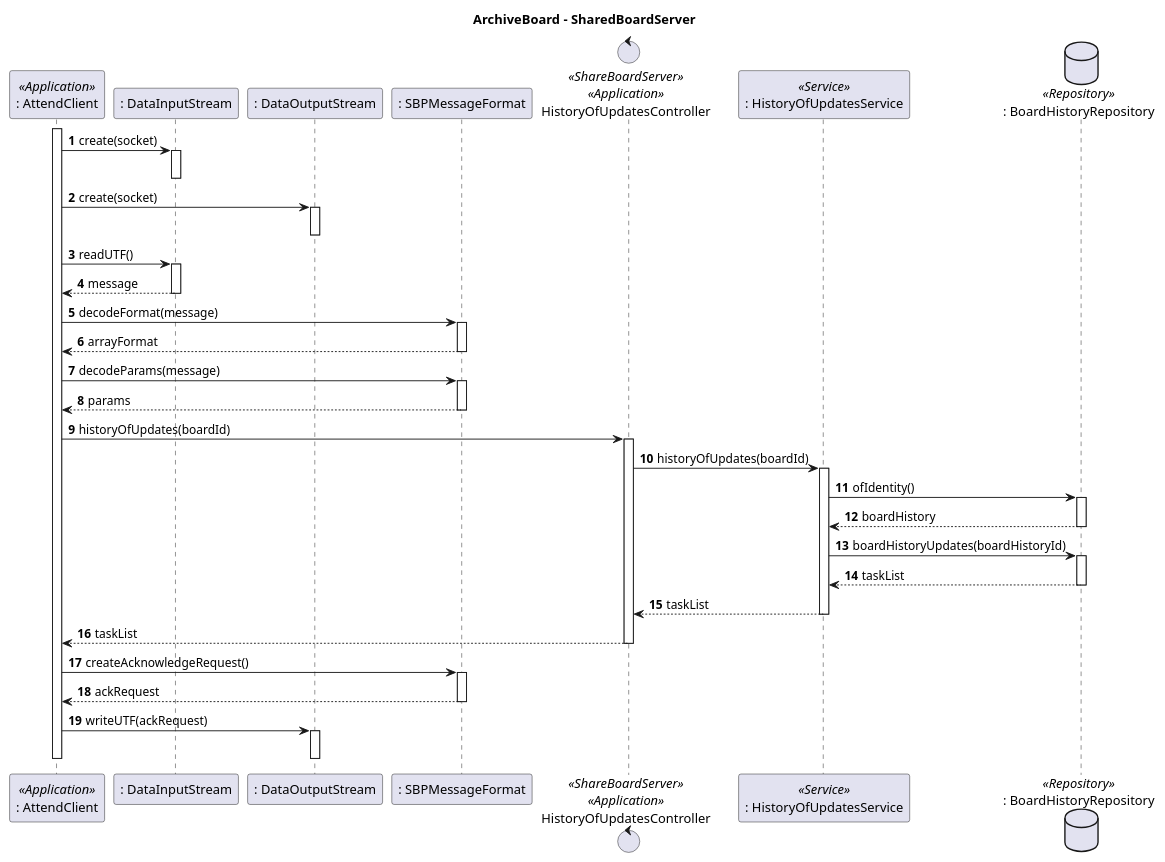
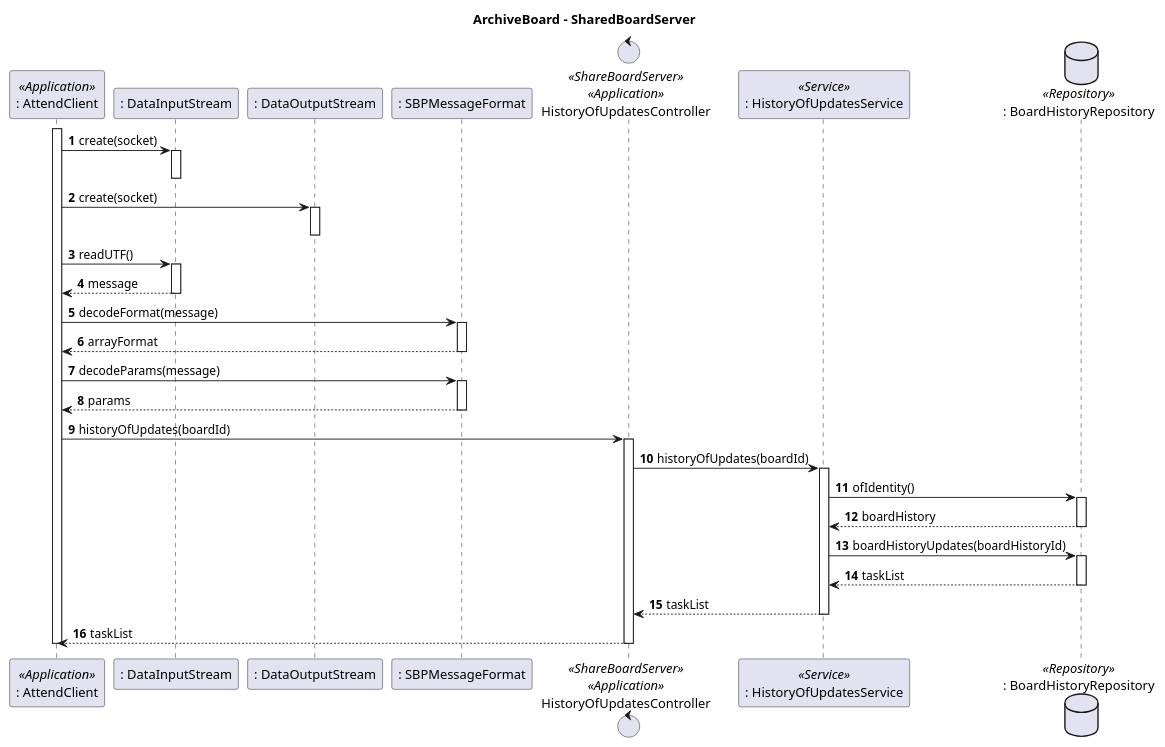
Before and after one commit to Marco-Nobrega-Andrade/sem4pi_22_23: the diagram in docs/Sprint_C/us_3009/US3009_Server_SD.puml, drawn with PlantUML. The commit also changed 3 other files, not shown here.

Commit message:
[US_3009] Updating flow to match implementation

```diff
--- a/docs/Sprint_C/us_3009/US3009_Server_SD.puml
+++ b/docs/Sprint_C/us_3009/US3009_Server_SD.puml
@@ -1,52 +1,46 @@
 @startuml
 autonumber
 title ArchiveBoard - SharedBoardServer
 
 participant ": AttendClient" as AC <<Application>>
 participant ": DataInputStream" as DIS
 participant ": DataOutputStream" as DOS
 participant ": SBPMessageFormat" as SBPMsgF
 control "HistoryOfUpdatesController" as CTRL <<ShareBoardServer>> <<Application>>
 participant ": HistoryOfUpdatesService" as SBS <<Service>>
 database ": BoardHistoryRepository" as BHR <<Repository>>
 
 activate AC
 AC -> DIS : create(socket)
 activate DIS
 deactivate DIS
 AC -> DOS : create(socket)
 activate DOS
 deactivate DOS
 AC -> DIS : readUTF()
 activate DIS
 return message
 AC -> SBPMsgF : decodeFormat(message)
 activate SBPMsgF
 return arrayFormat
 AC -> SBPMsgF : decodeParams(message)
 activate SBPMsgF
 return params
 AC -> CTRL : historyOfUpdates(boardId)
 activate CTRL
 CTRL -> SBS : historyOfUpdates(boardId)
 activate SBS
 SBS -> BHR : ofIdentity()
 activate BHR
 return boardHistory
 SBS -> BHR : boardHistoryUpdates(boardHistoryId)
 activate BHR
 return taskList
 deactivate BHR
 SBS --> CTRL : taskList
 deactivate SBS
 CTRL --> AC : taskList
 deactivate CTRL
-AC -> SBPMsgF : createAcknowledgeRequest()
-activate SBPMsgF
-return ackRequest
-AC -> DOS : writeUTF(ackRequest)
-activate DOS
-deactivate DOS
 deactivate AC
 
 @enduml
```
